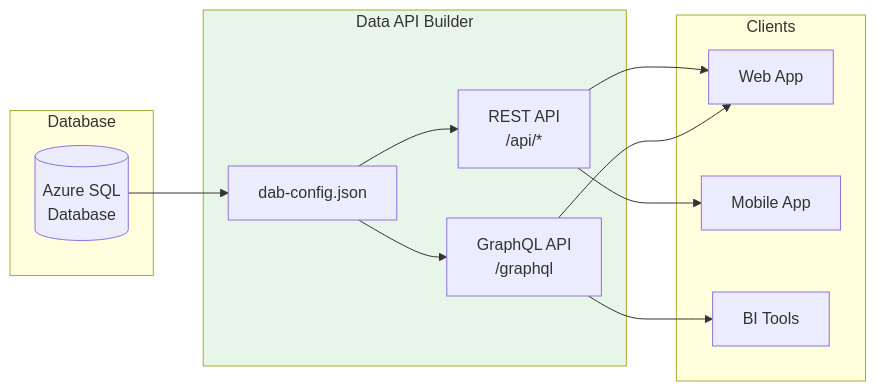
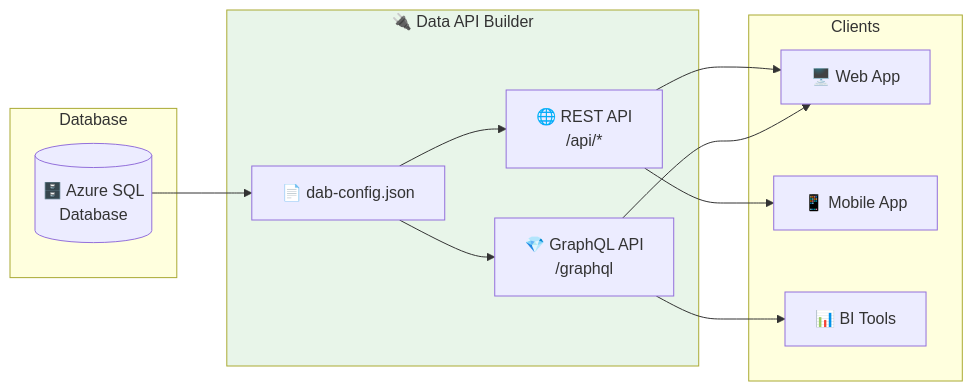
One commit to fgarofalo56/azure-dab-fullstack-demo changed the first of 2 diagrams in docs/dab-configuration-guide.md. Above: the diagram before and after it, drawn with Mermaid. The commit also changed other lines of this file and 12 other files, not shown here.

````diff
--- a/docs/dab-configuration-guide.md
+++ b/docs/dab-configuration-guide.md
@@ -41,28 +51,28 @@
 ```mermaid
 graph LR
     subgraph Database
-        SQL[(Azure SQL<br/>Database)]
+        SQL[(🗄️ Azure SQL<br/>Database)]
     end
 
-    subgraph DAB["Data API Builder"]
-        Config[dab-config.json]
-        REST[REST API<br/>/api/*]
-        GraphQL[GraphQL API<br/>/graphql]
+    subgraph DAB["🔌 Data API Builder"]
+        Config[📄 dab-config.json]
+        REST[🌐 REST API<br/>/api/*]
+        GraphQL[💎 GraphQL API<br/>/graphql]
     end
 
     subgraph Clients
-        Web[Web App]
-        Mobile[Mobile App]
-        BI[BI Tools]
+        Web[🖥️ Web App]
+        Mobile[📱 Mobile App]
+        BI[📊 BI Tools]
     end
 
     SQL --> Config
     Config --> REST
     Config --> GraphQL
     REST --> Web
     REST --> Mobile
     GraphQL --> Web
     GraphQL --> BI
 
     style DAB fill:#e8f5e9
 ```
````
